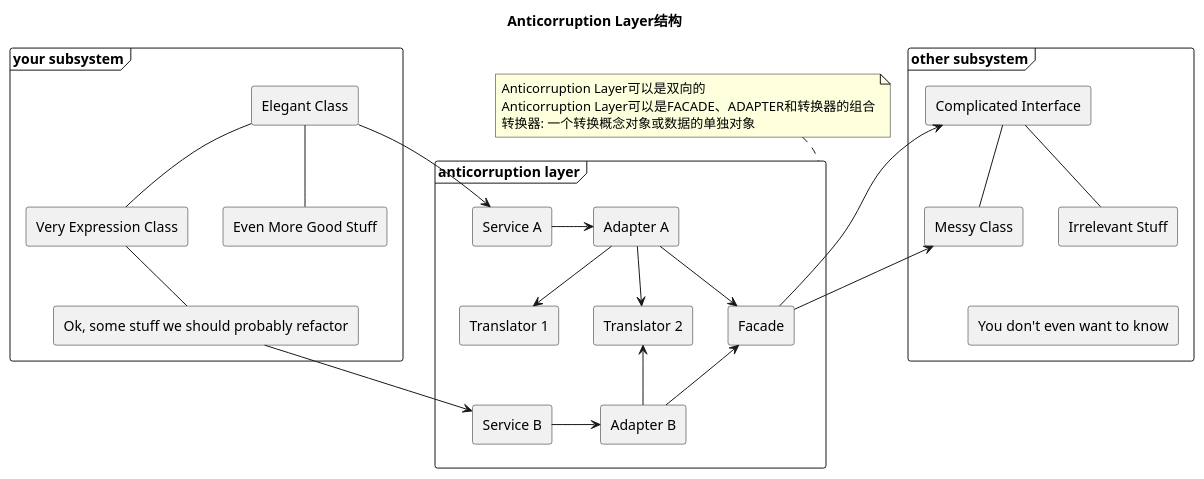
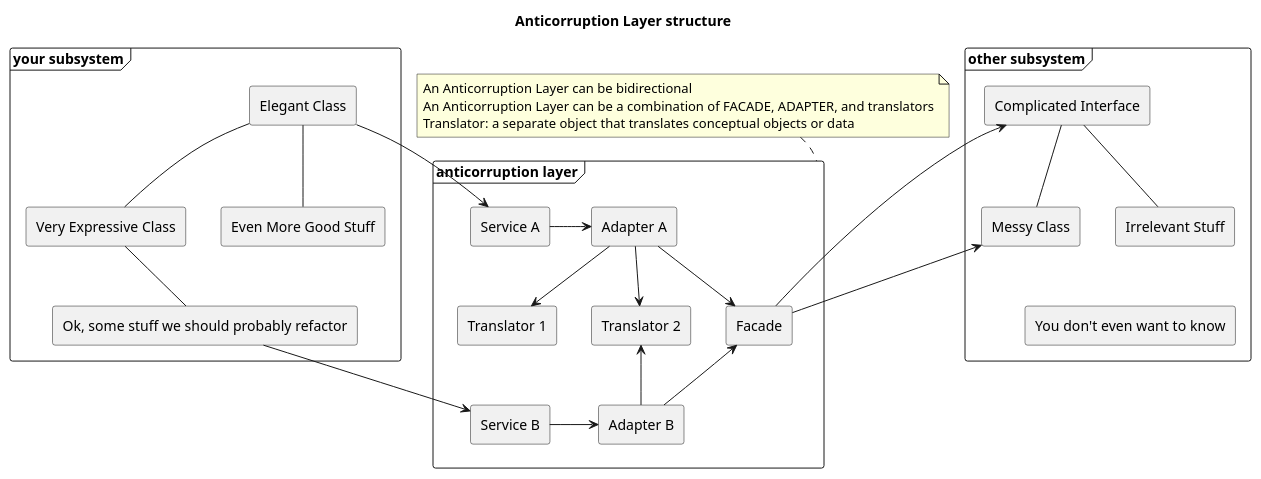
Before and after one commit to lindezhong/nvim-config: diagram 15 of 19 in snippets/ddd.md, drawn with PlantUML. The commit also changed other lines of this file and 17 other files, not shown here.

````diff
--- a/snippets/ddd.md
+++ b/snippets/ddd.md
@@ -1243,62 +1552,62 @@
 ```plantuml
 @startuml
 allowmixing
-title Anticorruption Layer结构
+title Anticorruption Layer structure
 
 frame "your subsystem" as ys {
     rectangle "Elegant Class" as ec
-    rectangle "Very Expression Class" as vec
+    rectangle "Very Expressive Class" as vec
     rectangle "Even More Good Stuff" as emgs
     rectangle "Ok, some stuff we should probably refactor" as sswspr
 
     ec -- vec
     ec -- emgs
     vec -- sswspr
 }
 frame "anticorruption layer" as al {
     rectangle "Service A" as sa
     rectangle "Adapter A" as aa
     rectangle "Service B" as sb
     rectangle "Adapter B" as ab
     rectangle "Translator 1" as t1
     rectangle "Translator 2" as t2
-    rectangle Facade 
+    rectangle Facade
 
     sa -right-> aa
     aa -down-> t1
     aa -down-> t2
     aa -left-> Facade
     sb -right-> ab
     ab -up-> t2
     ab -left-> Facade
-    ' 样式
+    ' style
     t1 -right[hidden]-> t2
     t2 -right[hidden]-> Facade
 }
 
 note top of al
-Anticorruption Layer可以是双向的
-Anticorruption Layer可以是FACADE、ADAPTER和转换器的组合
-转换器: 一个转换概念对象或数据的单独对象
+An Anticorruption Layer can be bidirectional
+An Anticorruption Layer can be a combination of FACADE, ADAPTER, and translators
+Translator: a separate object that translates conceptual objects or data
 end note
 
 frame "other subsystem" as os {
     rectangle "Complicated Interface" as ci
     rectangle "Messy Class" as mc
     rectangle "Irrelevant Stuff" as is
     rectangle "You don't even want to know" as ydewtk
 
     ci -- mc
     ci -- is
-    ' 样式
+    ' style
     is -down[hidden]-> ydewtk
     mc -right[hidden]-> is
 }
 
 ec --> sa
 sswspr --> sb
 Facade -up-> ci
 Facade -up-> mc
 
 @enduml
 ```
````
